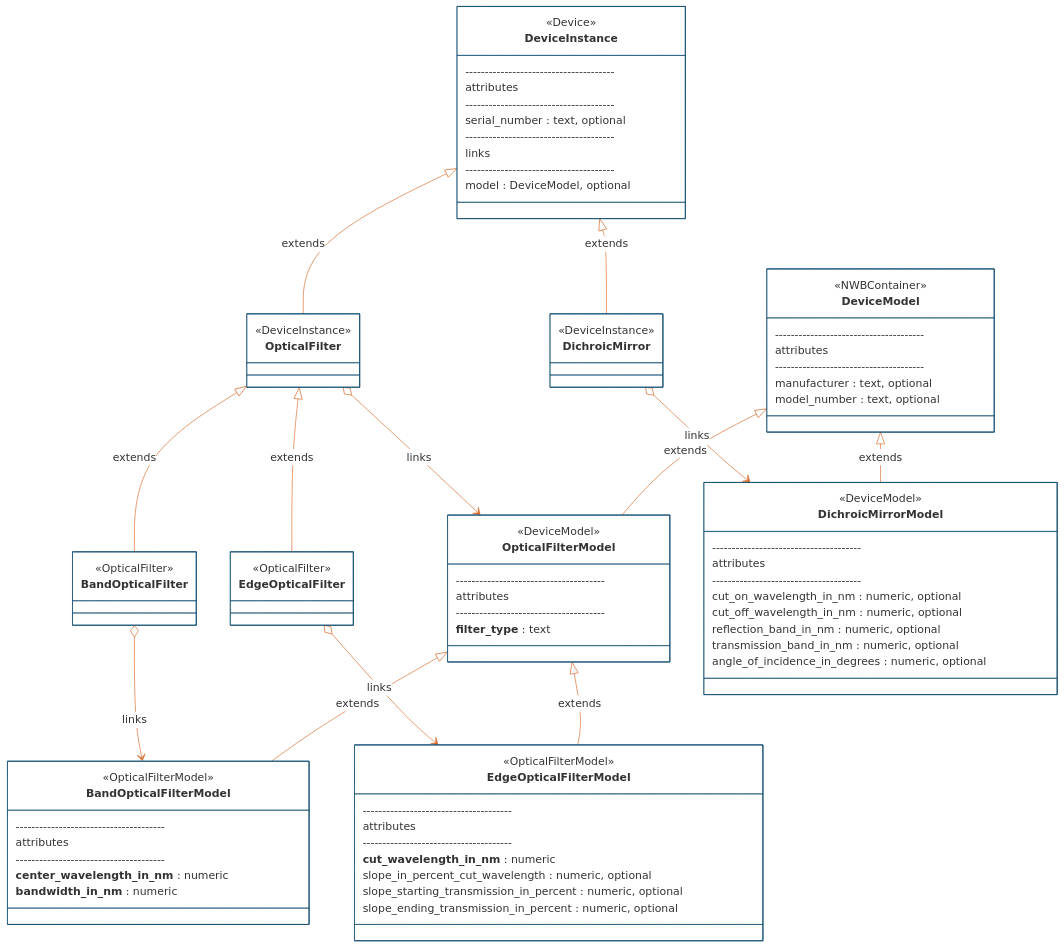
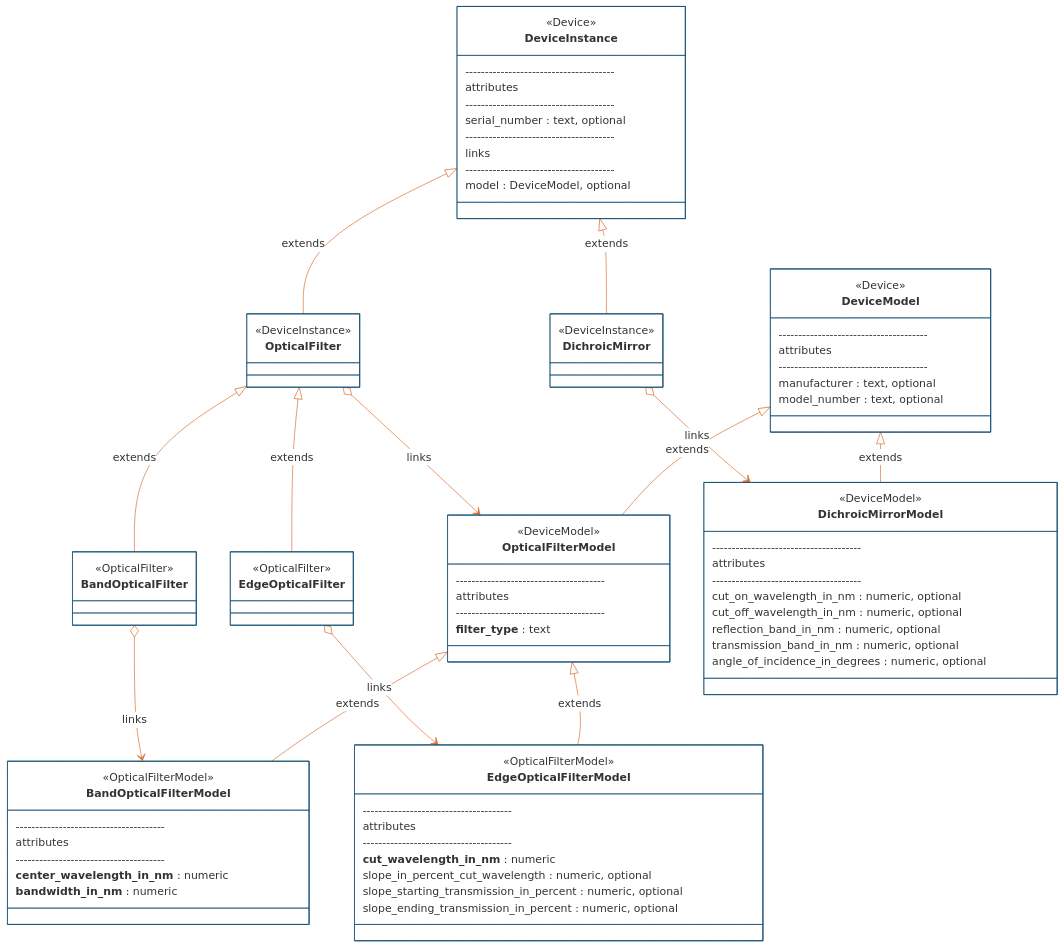
One commit to catalystneuro/ndx-ophys-devices changed the fourth of 4 diagrams in README.md. Above: the diagram before and after it, drawn with Mermaid. The commit also changed other lines of this file, not shown here.

Commit message:
Update DeviceModel class diagram to reflect correct inheritance from Device

```diff
--- a/README.md
+++ b/README.md
@@ -516,7 +516,7 @@
     direction TB 
     
     class DeviceModel{
-        <<NWBContainer>>
+        <<Device>>
         --------------------------------------
         attributes
         --------------------------------------
```
